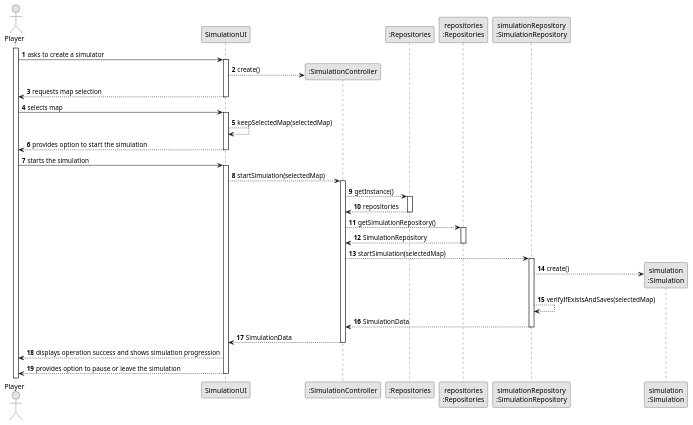
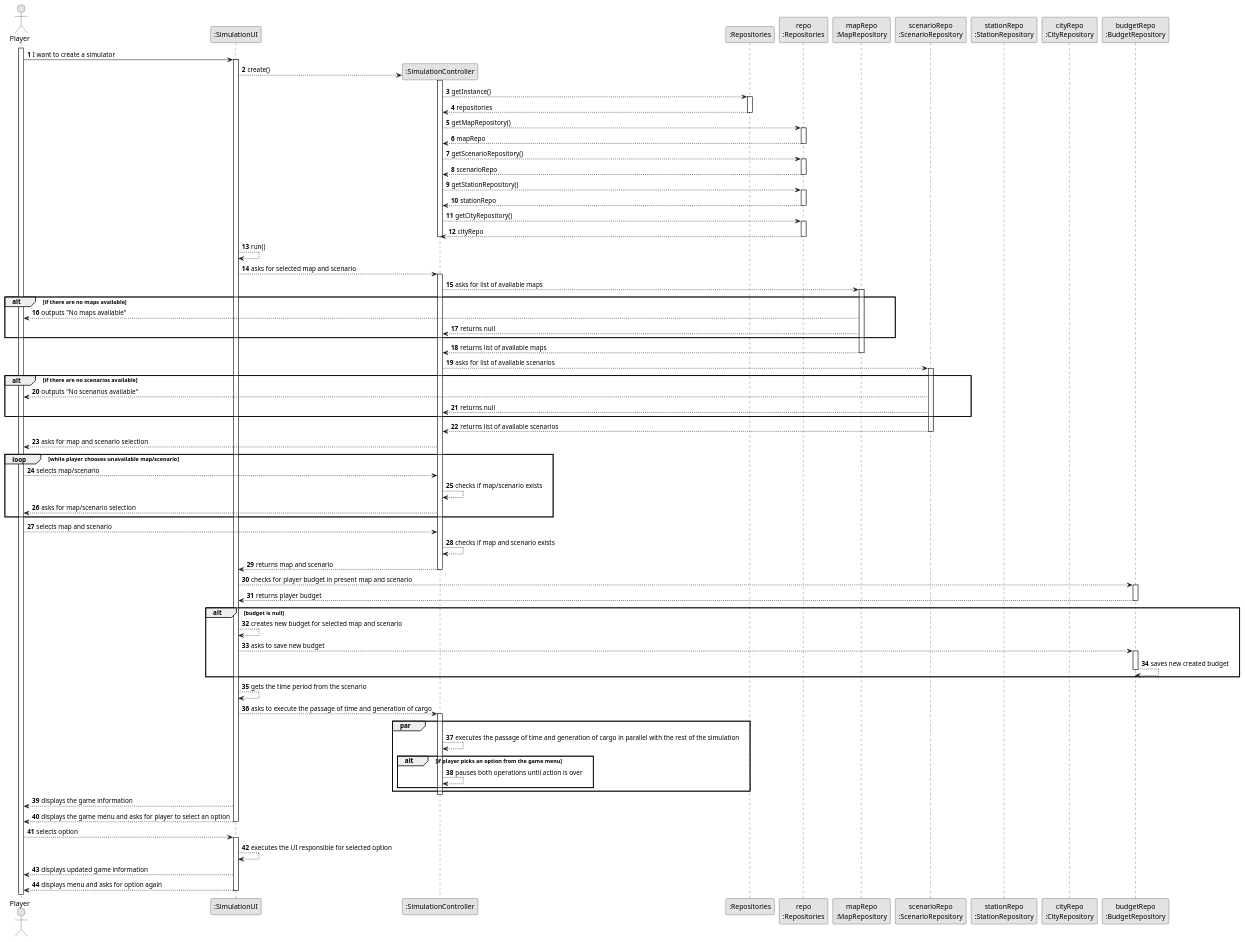
Before and after one commit to goncalolopesp/sem2-pi-24.25-g093-repo: the diagram in docs/system-documentation/US012/03.design/puml/US012-SD.puml, drawn with PlantUML. The commit also changed 2 other files, not shown here.

```diff
--- a/docs/system-documentation/US012/03.design/puml/US012-SD.puml
+++ b/docs/system-documentation/US012/03.design/puml/US012-SD.puml
@@ -1,67 +1,139 @@
 @startuml
 skinparam monochrome true
 skinparam packageStyle rectangle
 skinparam shadowing false
 
 autonumber
 
-actor "Player" as Player
-participant "SimulationUI" as ATUI
+actor "Player" as player
+activate player
 
-activate Player
+participant ":SimulationUI" as ui
 
-Player -> ATUI : asks to create a simulator
-activate ATUI
+player -> ui : I want to create a simulator
+activate ui
 
-create ":SimulationController" as ATC
+create ":SimulationController" as ctrl
 
-participant ":Repositories" as REPO
-participant "repositories\n:Repositories" as repo
-participant "simulationRepository\n:SimulationRepository" as ATREPO
+ui --> ctrl : create()
+activate ctrl
 
-ATUI --> ATC : create()
-ATUI --> Player : requests map selection
-deactivate ATUI
+participant ":Repositories" as repositories
+participant "repo\n:Repositories" as repo
+participant "mapRepo\n:MapRepository" as mrepo
+participant "scenarioRepo\n:ScenarioRepository" as srepo
+participant "stationRepo\n:StationRepository" as stationrepo
+participant "cityRepo\n:CityRepository" as crepo
+participant "budgetRepo\n:BudgetRepository" as brepo
 
-Player -> ATUI : selects map
-activate ATUI
+ctrl --> repositories : getInstance()
+activate repositories
 
-ATUI --> ATUI : keepSelectedMap(selectedMap)
-ATUI --> Player : provides option to start the simulation
-deactivate ATUI
+repositories --> ctrl : repositories
+deactivate repositories
 
-Player -> ATUI : starts the simulation
-activate ATUI
-
-ATUI --> ATC : startSimulation(selectedMap)
-activate ATC
-
-ATC --> REPO : getInstance()
-activate REPO
-
-REPO --> ATC : repositories
-deactivate REPO
-
-ATC --> repo : getSimulationRepository()
+ctrl --> repo : getMapRepository()
 activate repo
 
-repo --> ATC : SimulationRepository
+repo --> ctrl : mapRepo
 deactivate repo
 
-ATC --> ATREPO : startSimulation(selectedMap)
-activate ATREPO
+ctrl --> repo : getScenarioRepository()
+activate repo
 
-create "simulation\n:Simulation" as AT
+repo --> ctrl : scenarioRepo
+deactivate repo
 
-ATREPO --> AT : create()
-ATREPO --> ATREPO : verifyIfExistsAndSaves(selectedMap)
-ATREPO --> ATC : SimulationData
-deactivate ATREPO
+ctrl --> repo : getStationRepository()
+activate repo
 
-ATC --> ATUI : SimulationData
-deactivate ATC
+repo --> ctrl : stationRepo
+deactivate repo
 
-ATUI --> Player : displays operation success and shows simulation progression
-ATUI --> Player : provides option to pause or leave the simulation
-deactivate ATUI
+ctrl --> repo : getCityRepository()
+activate repo
+
+repo --> ctrl : cityRepo
+deactivate repo
+deactivate ctrl
+
+ui --> ui : run()
+ui --> ctrl : asks for selected map and scenario
+activate ctrl
+
+ctrl --> mrepo : asks for list of available maps
+activate mrepo
+
+alt if there are no maps available
+    mrepo --> player : outputs "No maps available"
+    mrepo --> ctrl : returns null
+end
+
+mrepo --> ctrl : returns list of available maps
+deactivate mrepo
+
+ctrl --> srepo : asks for list of available scenarios
+activate srepo
+
+alt if there are no scenarios available
+    srepo --> player : outputs "No scenarios available"
+    srepo --> ctrl : returns null
+end
+
+srepo --> ctrl : returns list of available scenarios
+deactivate srepo
+
+ctrl --> player : asks for map and scenario selection
+
+loop while player chooses unavailable map/scenario
+    player --> ctrl : selects map/scenario
+    ctrl --> ctrl : checks if map/scenario exists
+    ctrl --> player : asks for map/scenario selection
+end
+
+player --> ctrl : selects map and scenario
+ctrl --> ctrl : checks if map and scenario exists
+ctrl --> ui : returns map and scenario
+deactivate ctrl
+
+ui --> brepo : checks for player budget in present map and scenario
+activate brepo
+
+brepo --> ui : returns player budget
+deactivate brepo
+
+alt budget is null
+    ui --> ui : creates new budget for selected map and scenario
+    ui --> brepo : asks to save new budget
+    activate brepo
+
+    brepo --> brepo : saves new created budget
+    deactivate brepo
+end
+
+ui --> ui : gets the time period from the scenario
+ui --> ctrl : asks to execute the passage of time and generation of cargo
+activate ctrl
+
+par
+    ctrl --> ctrl : executes the passage of time and generation of cargo in parallel with the rest of the simulation
+
+    alt if player picks an option from the game menu
+        ctrl --> ctrl : pauses both operations until action is over
+    end
+end
+
+deactivate ctrl
+
+ui --> player : displays the game information
+ui --> player : displays the game menu and asks for player to select an option
+deactivate ui
+
+player --> ui : selects option
+activate ui
+
+ui --> ui : executes the UI responsible for selected option
+ui --> player : displays updated game information
+ui --> player : displays menu and asks for option again
+deactivate ui
 @enduml
```
